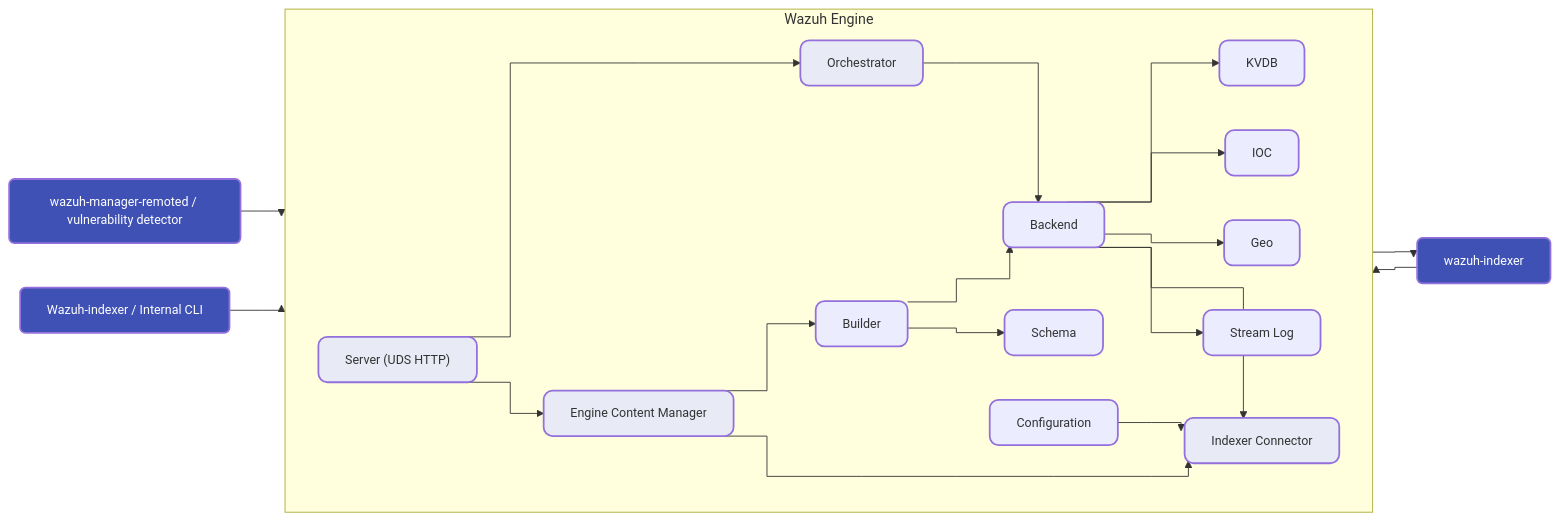
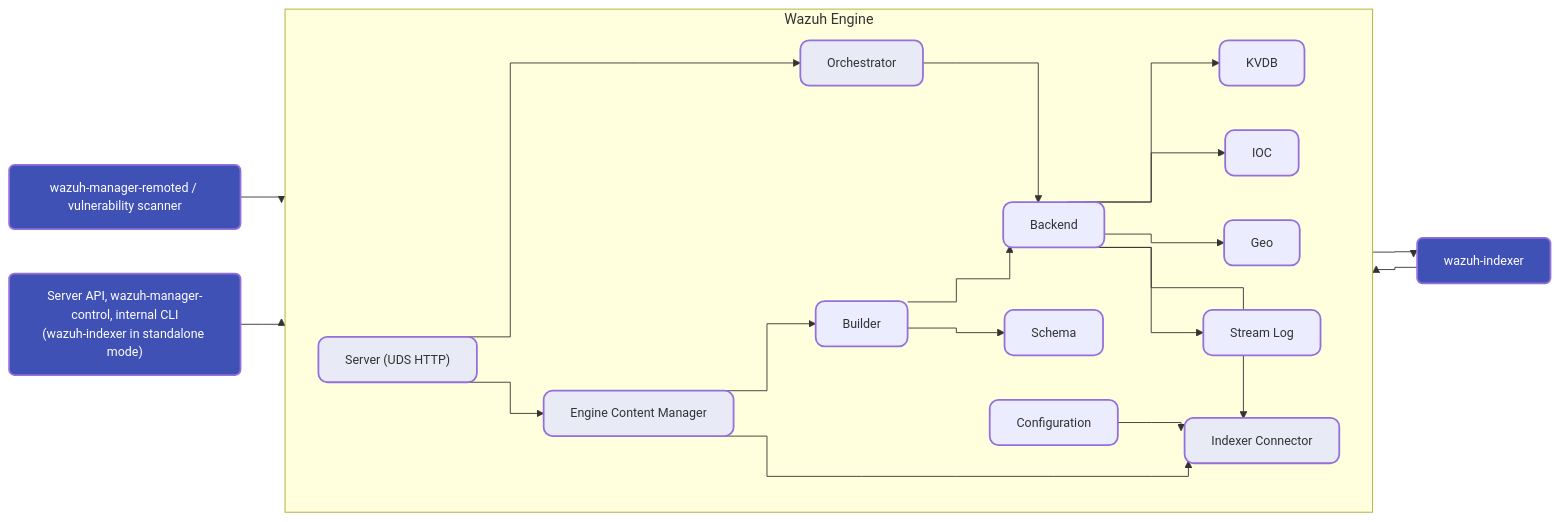
Before and after one commit to wazuh/wazuh: the first of 3 diagrams in docs/ref/modules/engine/architecture.md, drawn with Mermaid. The commit also changed other lines of this file and 244 other files, not shown here.

Commit message:
fix: several fixes in wazuh manager internal documentation

````diff
--- a/docs/ref/modules/engine/architecture.md
+++ b/docs/ref/modules/engine/architecture.md
@@ -17,52 +17,52 @@
 ```mermaid
 ---
 config:
   flowchart:
     curve: stepAfter
 ---
 flowchart LR
 
 classDef ExternalClass font-size:14px,stroke-width:2px,fill:#3f51b5,color:#fff,rx:6,ry:6
 classDef ModuleClass font-size:14px,stroke-width:2px,rx:10,ry:10
 classDef HubClass font-size:14px,stroke-width:2px,fill:#e8eaf6,rx:10,ry:10
 
-remoted["wazuh-manager-remoted / vulnerability detector"]:::ExternalClass
-operator["Wazuh-indexer / Internal CLI"]:::ExternalClass
+remoted["wazuh-manager-remoted / vulnerability scanner"]:::ExternalClass
+operator["Server API, wazuh-manager-control, internal CLI<br/>(wazuh-indexer in standalone mode)"]:::ExternalClass
 indexer["wazuh-indexer"]:::ExternalClass
 
 subgraph engine["Wazuh Engine"]
   direction LR
 
   server["Server (UDS HTTP)"]:::HubClass
   orchestrator["Orchestrator"]:::HubClass
   backend["Backend"]:::ModuleClass
   builder["Builder"]:::ModuleClass
   schema["Schema"]:::ModuleClass
   cm["Engine Content Manager"]:::HubClass
   kvdb["KVDB"]:::ModuleClass
   ioc["IOC"]:::ModuleClass
   geo["Geo"]:::ModuleClass
   ic["Indexer Connector"]:::HubClass
   streamlog["Stream Log"]:::ModuleClass
   conf["Configuration"]:::ModuleClass
 
   server --> orchestrator
   server --> cm
   orchestrator --> backend
   cm --> builder
   builder --> backend
   builder --> schema
   backend --> kvdb
   backend --> ioc
   backend --> geo
   backend --> ic
   backend --> streamlog
   cm --> ic
   conf --> ic
 end
 
 remoted --> server
 operator --> server
 ic --> indexer
 indexer --> ic
 ```
````
